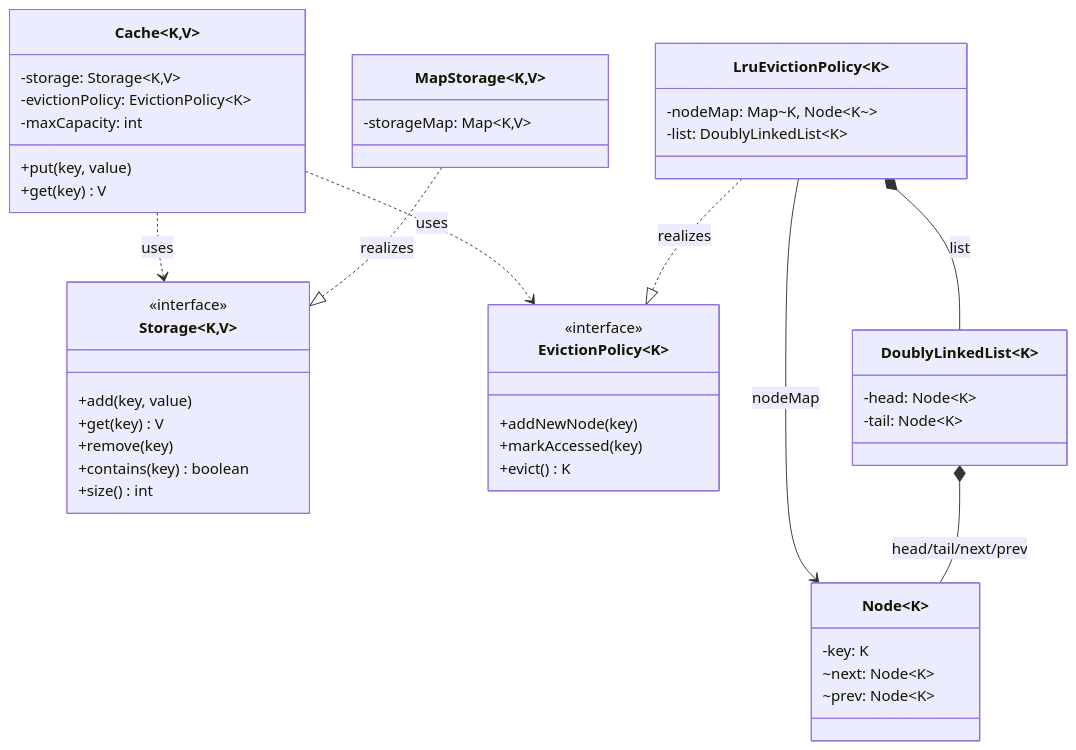
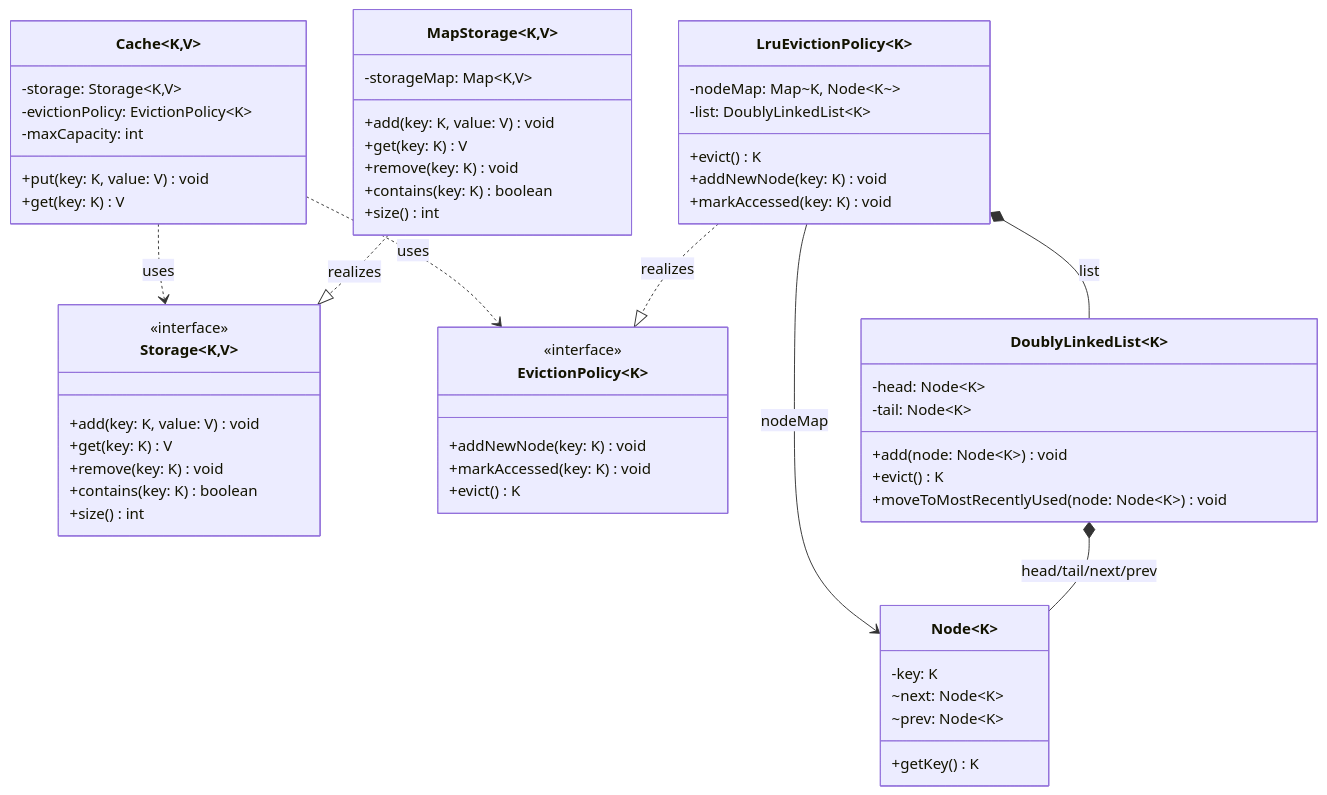
One commit to ashutosh-uzumaki/LLD_Sheet_Practice changed the diagram in src/main/java/org/example/cache/revision.md. Above: the diagram before and after it, drawn with Mermaid. The commit also changed 1 other file, not shown here.

Commit message:
solved lru cache

````diff
--- a/src/main/java/org/example/cache/revision.md
+++ b/src/main/java/org/example/cache/revision.md
@@ -27,54 +27,66 @@
 ```mermaid
 classDiagram
     class Cache~K,V~ {
         -storage: Storage~K,V~
         -evictionPolicy: EvictionPolicy~K~
         -maxCapacity: int
-        +put(key, value)
-        +get(key) V
+        +put(key: K, value: V) void
+        +get(key: K) V
     }
 
     class Storage~K,V~ {
         <<interface>>
-        +add(key, value)
-        +get(key) V
-        +remove(key)
-        +contains(key) boolean
+        +add(key: K, value: V) void
+        +get(key: K) V
+        +remove(key: K) void
+        +contains(key: K) boolean
         +size() int
     }
 
     class MapStorage~K,V~ {
         -storageMap: Map~K,V~
+        +add(key: K, value: V) void
+        +get(key: K) V
+        +remove(key: K) void
+        +contains(key: K) boolean
+        +size() int
     }
 
     class EvictionPolicy~K~ {
         <<interface>>
-        +addNewNode(key)
-        +markAccessed(key)
+        +addNewNode(key: K) void
+        +markAccessed(key: K) void
         +evict() K
     }
 
     class LruEvictionPolicy~K~ {
         -nodeMap: Map~K, Node~K~~
         -list: DoublyLinkedList~K~
+        +evict() K
+        +addNewNode(key: K) void
+        +markAccessed(key: K) void
     }
 
     class DoublyLinkedList~K~ {
         -head: Node~K~
         -tail: Node~K~
+        +add(node: Node~K~) void
+        +evict() K
+        +moveToMostRecentlyUsed(node: Node~K~) void
     }
 
     class Node~K~ {
         -key: K
         ~next: Node~K~
         ~prev: Node~K~
+        +getKey() K
     }
 
     Cache ..> Storage : uses
     Cache ..> EvictionPolicy : uses
     MapStorage ..|> Storage : realizes
     LruEvictionPolicy ..|> EvictionPolicy : realizes
     LruEvictionPolicy *-- DoublyLinkedList : list
     LruEvictionPolicy --> Node : nodeMap
     DoublyLinkedList *-- Node : head/tail/next/prev
 ```
````
